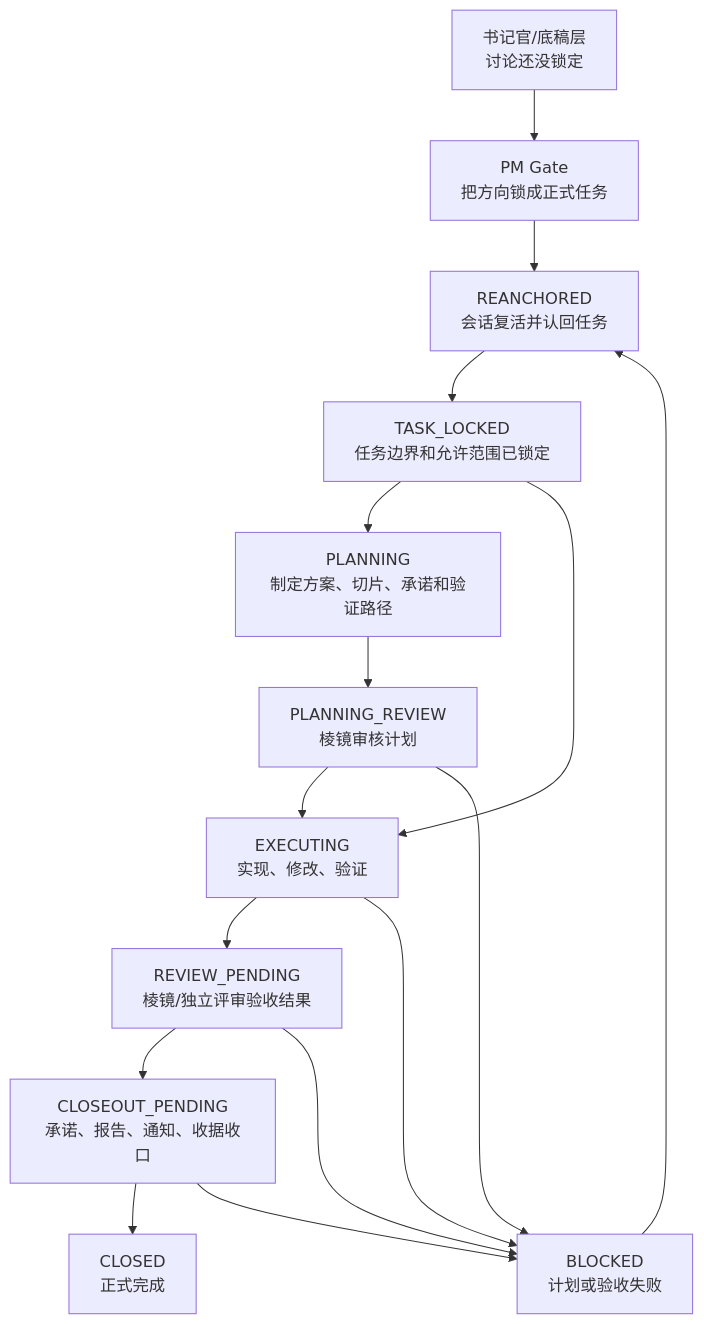
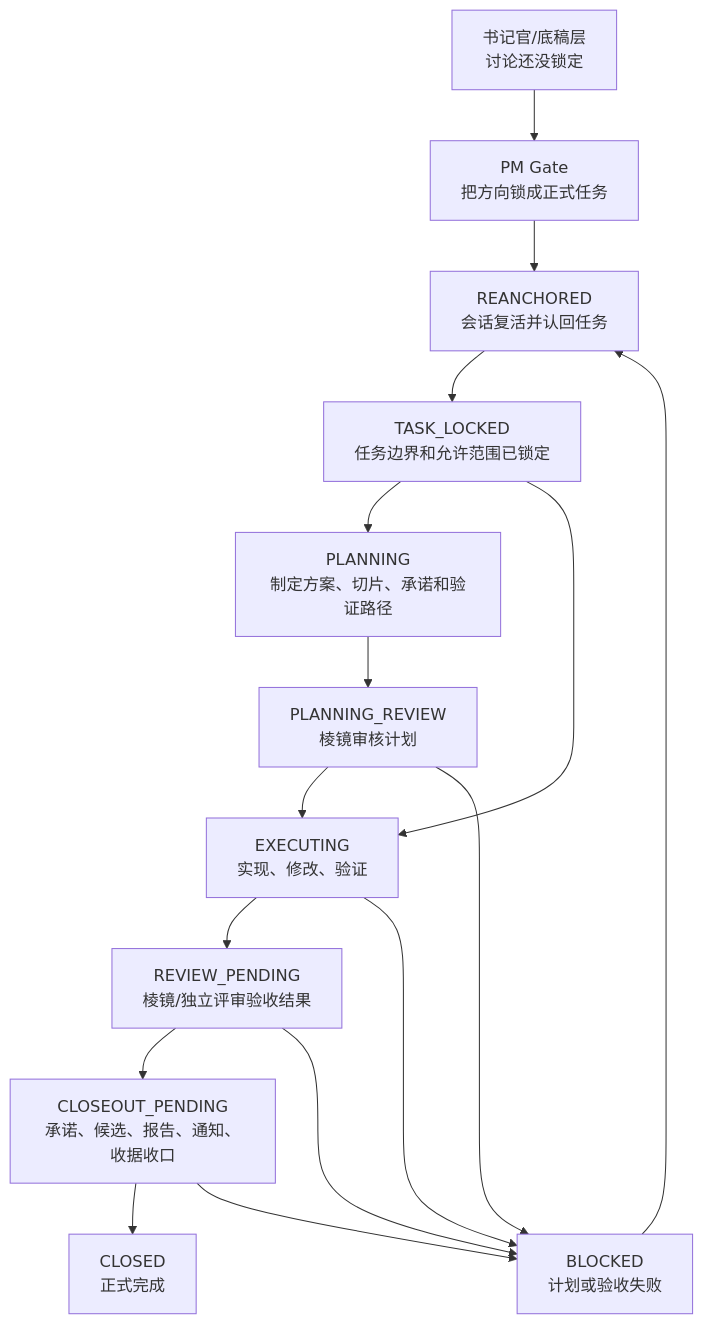
The first of 2 diagrams in compass/docs/research/2026-04-24-redcap-workflow-panorama.md (norven63/redcap), drawn with Mermaid before and after one commit. The commit also changed other lines of this file and 39 other files, not shown here.

````diff
--- a/compass/docs/research/2026-04-24-redcap-workflow-panorama.md
+++ b/compass/docs/research/2026-04-24-redcap-workflow-panorama.md
@@ -20,18 +20,18 @@
 ```mermaid
 flowchart TD
   A["书记官/底稿层<br/>讨论还没锁定"] --> B["PM Gate<br/>把方向锁成正式任务"]
   B --> C["REANCHORED<br/>会话复活并认回任务"]
   C --> D["TASK_LOCKED<br/>任务边界和允许范围已锁定"]
   D --> E["PLANNING<br/>制定方案、切片、承诺和验证路径"]
   E --> F["PLANNING_REVIEW<br/>棱镜审核计划"]
   F --> G["EXECUTING<br/>实现、修改、验证"]
   G --> H["REVIEW_PENDING<br/>棱镜/独立评审验收结果"]
-  H --> I["CLOSEOUT_PENDING<br/>承诺、报告、通知、收据收口"]
+  H --> I["CLOSEOUT_PENDING<br/>承诺、候选、报告、通知、收据收口"]
   I --> J["CLOSED<br/>正式完成"]
   D --> G
   F --> K["BLOCKED<br/>计划或验收失败"]
   G --> K
   H --> K
   I --> K
   K --> C
 ```
````
